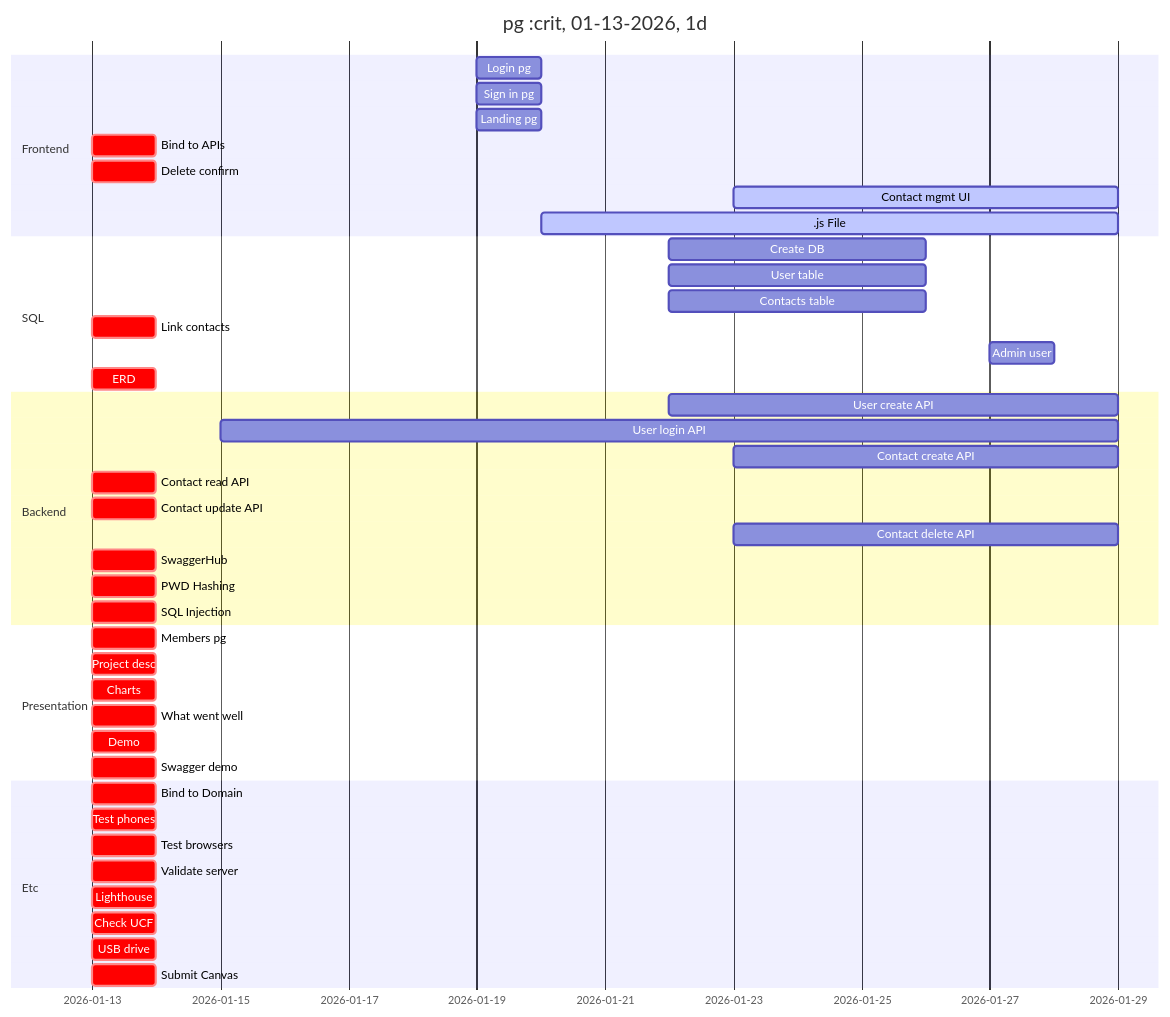
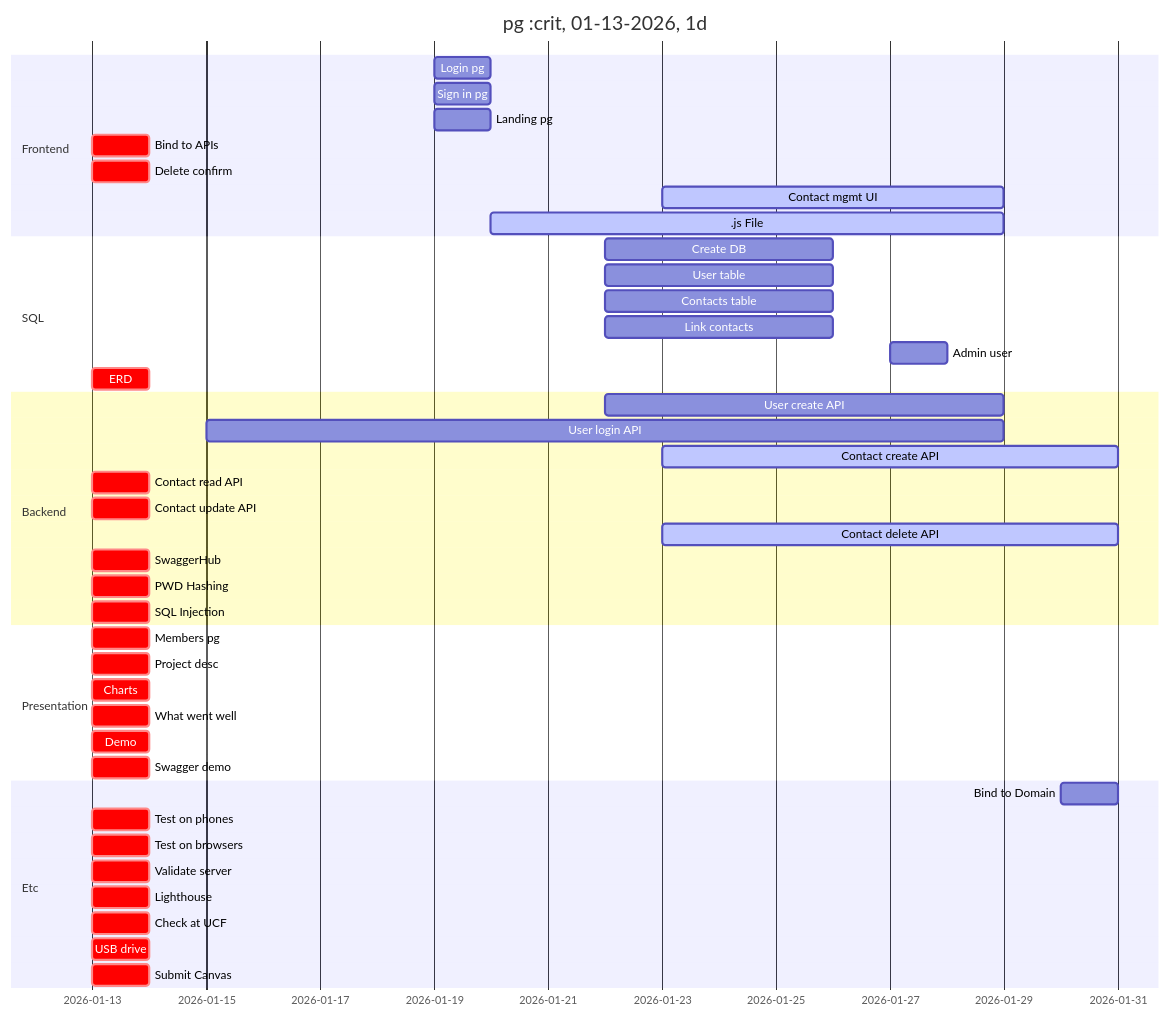
Before and after one commit to MLA-Format/cop4331c02-spring26-smallProject: the diagram in README.md, drawn with Mermaid. The commit also changed other lines of this file, not shown here.

Commit message:
Update README with task status and deadlines

````diff
--- a/README.md
+++ b/README.md
@@ -47,48 +46,48 @@
 ```mermaid
 gantt
   title Small Project Gantt Chart
   dateFormat MM-DD-YYYY
   section Frontend
   Login pg           :01-19-2026, 1d
   Sign in pg         :01-19-2026, 1d
   Landing pg         :01-19-2026, 1d
   Bind to APIs :crit, 01-13-2026, 1d
   Delete confirm  :crit, 01-13-2026, 1d
   Contact mgmt UI :active, 01-23-2026, 6d
   .js File             :active, 01-20-2026, 9d
   section SQL
   Create DB      :01-22-2026, 4d
   User table    :01-22-2026, 4d
   Contacts table :01-22-2026, 4d
-  Link contacts :crit, 01-13-2026, 1d
+  Link contacts :01-22-2026, 4d
   Admin user    :01-27-2026, 1d
   ERD                  :crit, 01-13-2026, 1d
   section Backend
   User create API    :01-22-2026, 7d
   User login API       :01-15-2026, 14d
-  Contact create API :01-23-2026, 6d
+  Contact create API :active, 01-23-2026, 8d
   Contact read API     :crit, 01-13-2026, 1d
   Contact update API   :crit, 01-13-2026, 1d
-  Contact delete API   :01-23-2026, 6d
+  Contact delete API   :active, 01-23-2026, 8d
   SwaggerHub   :crit, 01-13-2026, 1d
   PWD Hashing :crit, 01-13-2026, 1d
   SQL Injection :crit, 01-13-2026, 1d
   section Presentation
   Title pg           :crit, 01-13-2026, 1d
   Members pg         :crit, 01-13-2026, 1d
   Project desc  :crit, 01-13-2026, 1d
   Charts      :crit, 01-13-2026, 1d
   What went well :crit, 01-13-2026, 1d
   Demo         :crit, 01-13-2026, 1d
   Swagger demo      :crit, 01-13-2026, 1d
   section Etc
-  Bind to Domain :crit, 01-13-2026, 1d
-  Test phones       :crit, 01-13-2026, 1d
-  Test browsers   :crit, 01-13-2026, 1d
+  Bind to Domain :, 01-30-2026, 1d
+  Test on phones       :crit, 01-13-2026, 1d
+  Test on browsers   :crit, 01-13-2026, 1d
   Validate server   :crit, 01-13-2026, 1d
   Lighthouse    :crit, 01-13-2026, 1d
-  Check UCF  :crit, 01-13-2026, 1d
+  Check at UCF  :crit, 01-13-2026, 1d
   USB drive     :crit, 01-13-2026, 1d
   Submit Canvas     :crit, 01-13-2026, 1d
 
 ```
````
